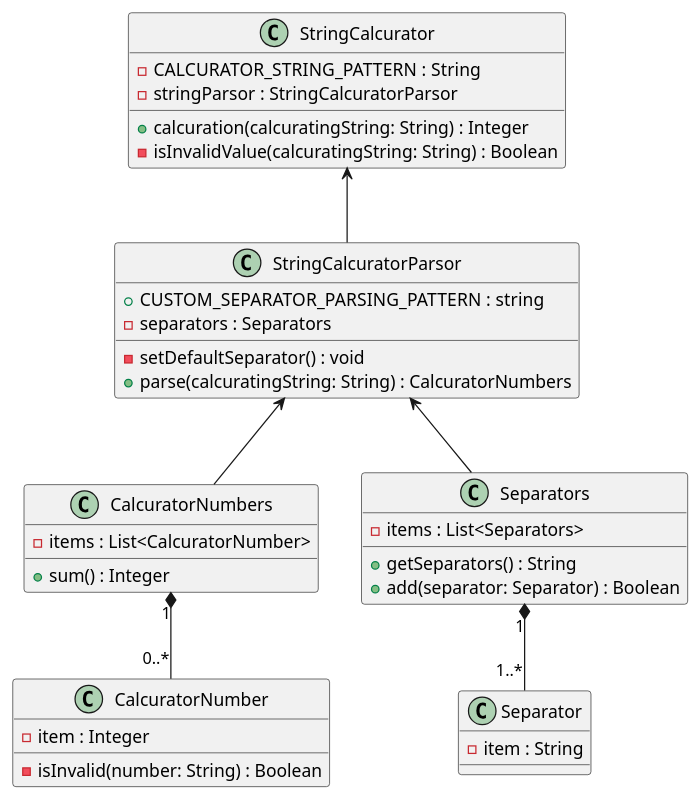
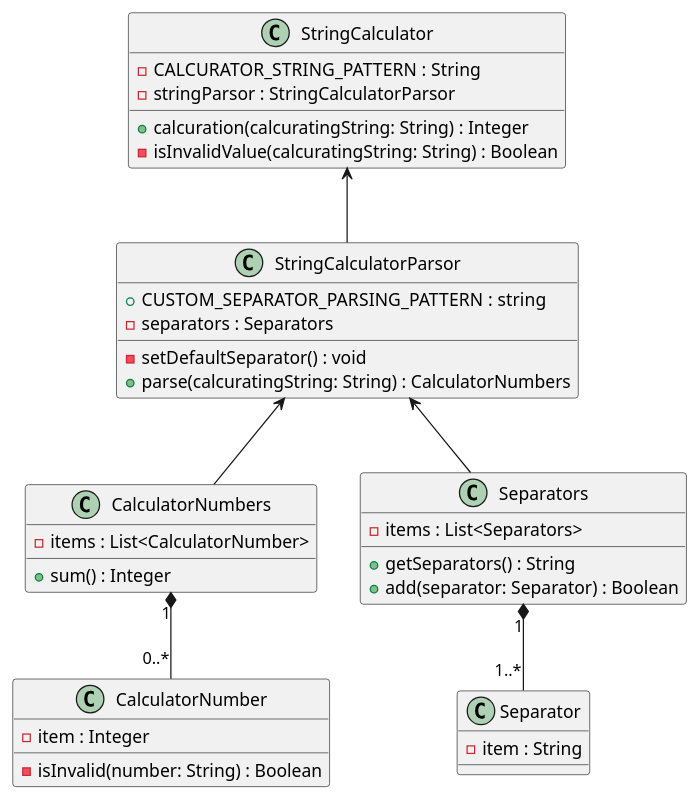
Before and after one commit to next-step/java-lotto-pro: the diagram in classdiagram/StringCalcurator.pu, drawn with PlantUML. The commit also changed 10 other files, not shown here.

```diff
--- a/classdiagram/StringCalcurator.pu
+++ b/classdiagram/StringCalcurator.pu
@@ -1,49 +1,49 @@
-@startuml StringCalcurator
-class StringCalcurator {
+@startuml StringCalculator
+class StringCalculator {
 	- CALCURATOR_STRING_PATTERN : String
-	- stringParsor : StringCalcuratorParsor
+	- stringParsor : StringCalculatorParsor
 
 	+ calcuration(calcuratingString: String) : Integer
 	- isInvalidValue(calcuratingString: String) : Boolean
 }
 
-class StringCalcuratorParsor {
+class StringCalculatorParsor {
 	+ CUSTOM_SEPARATOR_PARSING_PATTERN : string
 	- separators : Separators
 
 	- setDefaultSeparator() : void
-	+ parse(calcuratingString: String) : CalcuratorNumbers
+	+ parse(calcuratingString: String) : CalculatorNumbers
 }
 
-class CalcuratorNumbers {
-	- items : List<CalcuratorNumber>
+class CalculatorNumbers {
+	- items : List<CalculatorNumber>
 
 	+ sum() : Integer
 }
 
-class CalcuratorNumber {
+class CalculatorNumber {
 	- item : Integer
 
 	- isInvalid(number: String) : Boolean
 }
 
 class Separators {
 	- items : List<Separators>
 
 	+ getSeparators() : String
 	+ add(separator: Separator) : Boolean
 }
 
 class Separator {
 	- item : String
 }
 
-StringCalcurator <-- StringCalcuratorParsor
+StringCalculator <-- StringCalculatorParsor
 
-StringCalcuratorParsor <-- CalcuratorNumbers
-StringCalcuratorParsor  <--  Separators
+StringCalculatorParsor <-- CalculatorNumbers
+StringCalculatorParsor  <--  Separators
 
-CalcuratorNumbers "1" *-- "0..*" CalcuratorNumber
+CalculatorNumbers "1" *-- "0..*" CalculatorNumber
 
 Separators "1" *-- "1..*" Separator
 @enduml
```
